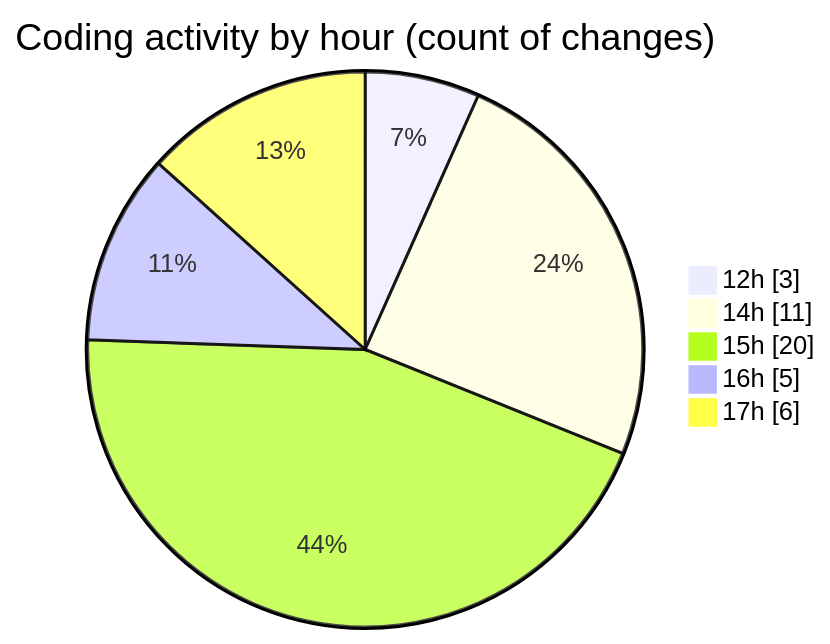
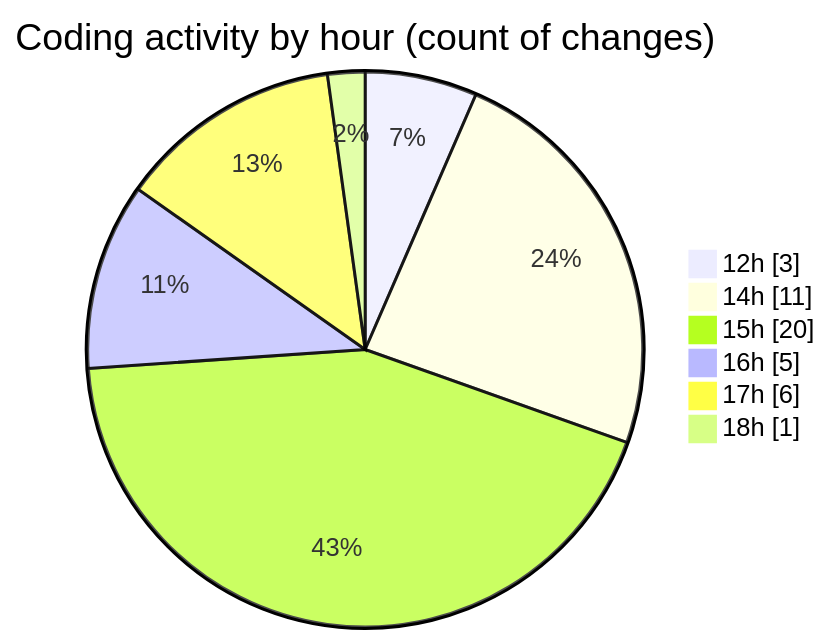
Before and after one commit to debugP/code-tracking: the second of 2 diagrams in 2026-07-27/untitled__workspace_/README.md, drawn with Mermaid. The commit also changed other lines of this file and 1 other file, not shown here.

````diff
--- a/2026-07-27/untitled__workspace_/README.md
+++ b/2026-07-27/untitled__workspace_/README.md
@@ -37,9 +37,10 @@
 ```mermaid
 pie showData
 title Coding activity by hour (count of changes)
 "12h" : 3
 "14h" : 11
 "15h" : 20
 "16h" : 5
 "17h" : 6
+"18h" : 1
 ```
````
